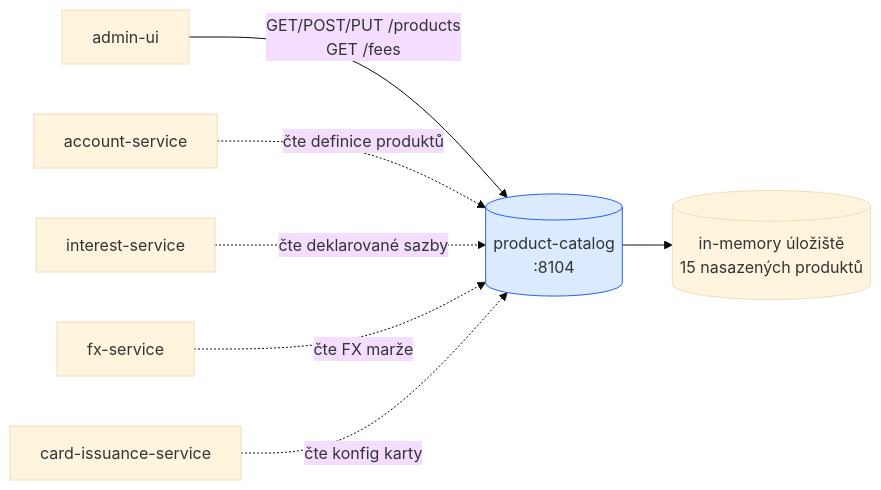
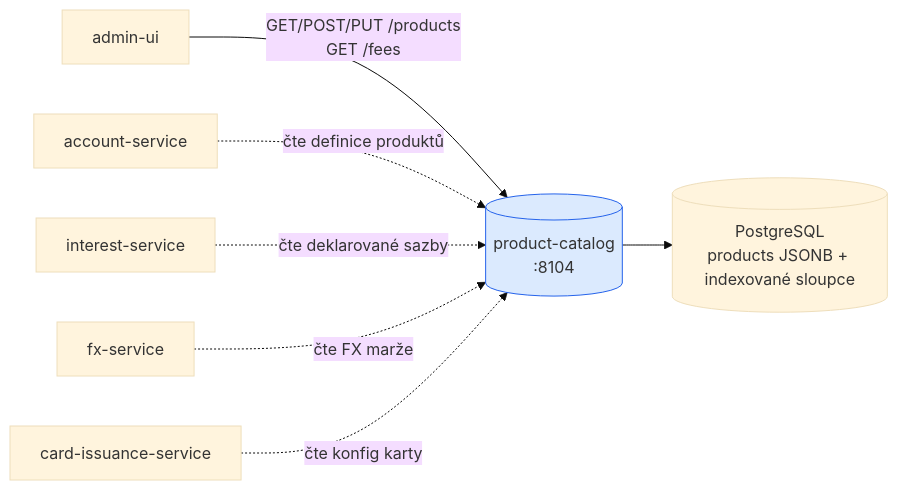
Before and after one commit to JiRaska/open-bank-oss: the first of 2 diagrams in openbank-product-catalog/src/main/resources/docs/02-architecture.cs.md, drawn with Mermaid (base theme). The commit also changed other lines of this file and 28 other files, not shown here.

````diff
--- a/openbank-product-catalog/src/main/resources/docs/02-architecture.cs.md
+++ b/openbank-product-catalog/src/main/resources/docs/02-architecture.cs.md
@@ -5,21 +5,21 @@
 ```mermaid
 graph LR
   admin[admin-ui]
   acc[account-service]
   intr[interest-service]
   fx[fx-service]
   card[card-issuance-service]
 
   pc[(product-catalog<br/>:8104)]:::svc
-  store[(in-memory úložiště<br/>15 nasazených produktů)]
+  store[(PostgreSQL<br/>products JSONB + indexované sloupce)]
 
   admin -- "GET/POST/PUT /products<br/>GET /fees" --> pc
   acc -. "čte definice produktů" .-> pc
   intr -. "čte deklarované sazby" .-> pc
   fx -. "čte FX marže" .-> pc
   card -. "čte konfig karty" .-> pc
 
   pc --> store
 
   classDef svc fill:#dbeafe,stroke:#2563eb
 ```
````
